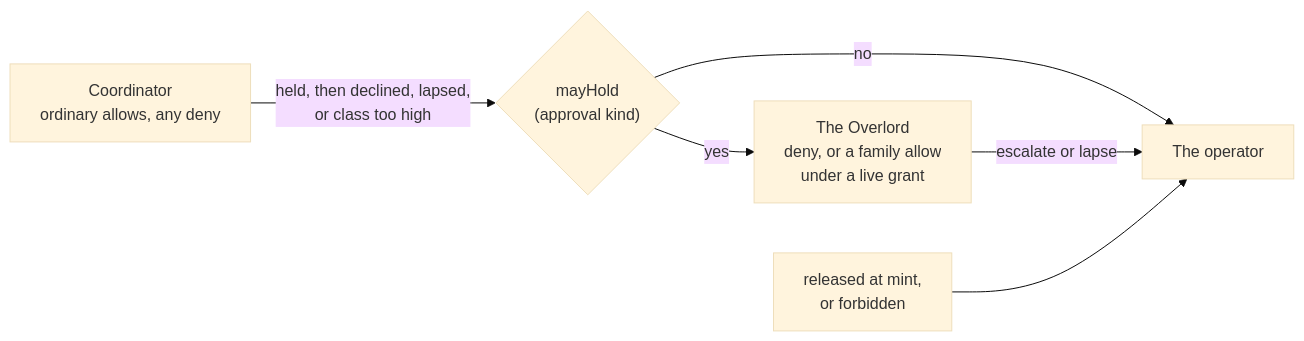
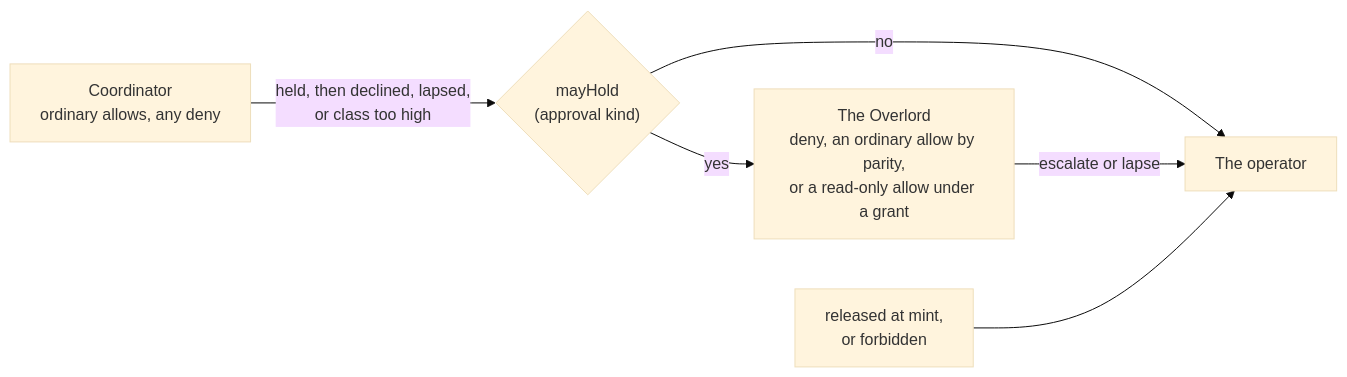
One commit to Synapsium-Labs/ccrc-pwa changed the third of 3 diagrams in docs/superpowers/plans/2026-11-18-overlord-approvals.md. Above: the diagram before and after it, drawn with Mermaid (base theme). The commit also changed other lines of this file and 1 other file, not shown here.

First line of the commit message:
docs(plan): approvals, the Overlord's ordinary allow by parity

````diff
--- a/docs/superpowers/plans/2026-11-18-overlord-approvals.md
+++ b/docs/superpowers/plans/2026-11-18-overlord-approvals.md
@@ -511,8 +527,8 @@
 ```mermaid
 flowchart LR
   C["Coordinator<br/>ordinary allows, any deny"] -->|"held, then declined, lapsed,<br/>or class too high"| Q{"mayHold<br/>(approval kind)"}
-  Q -- "yes" --> V["The Overlord<br/>deny, or a family allow<br/>under a live grant"]
+  Q -- "yes" --> V["The Overlord<br/>deny, an ordinary allow by parity,<br/>or a read-only allow under a grant"]
   Q -- "no" --> O["The operator"]
   V -->|"escalate or lapse"| O
   R["released at mint,<br/>or forbidden"] --> O
 ```
````
